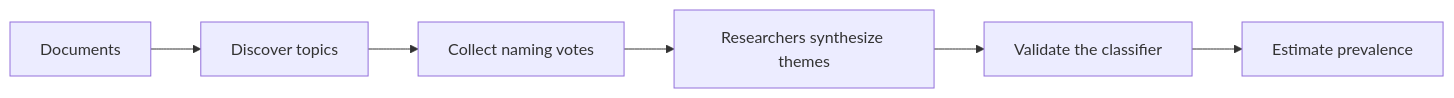
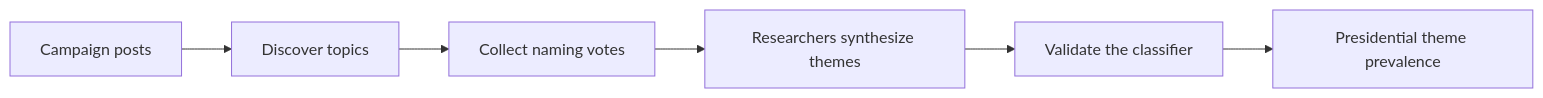
Before and after one commit to jethomasphd/TopicLLM: the diagram in README.md, drawn with Mermaid. The commit also changed other lines of this file and 109 other files, not shown here.

````diff
--- a/README.md
+++ b/README.md
@@ -19,8 +19,8 @@
 ```mermaid
 flowchart LR
-  A[Documents] --> B[Discover topics]
+  A[Campaign posts] --> B[Discover topics]
   B --> C[Collect naming votes]
   C --> D[Researchers synthesize themes]
   D --> E[Validate the classifier]
-  E --> F[Estimate prevalence]
+  E --> F[Presidential theme prevalence]
 ```
````
